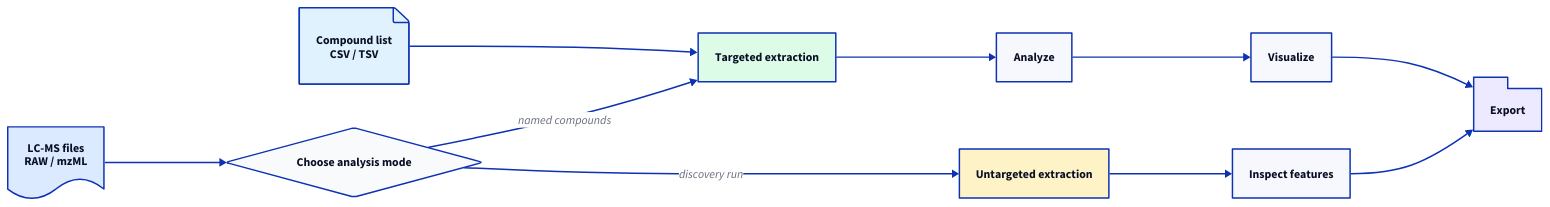
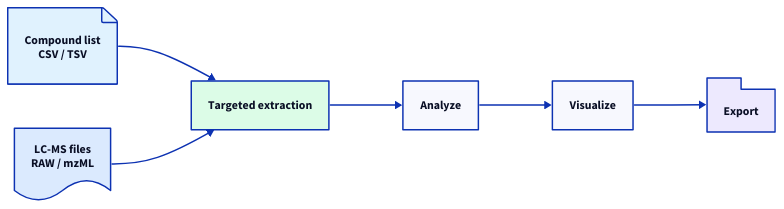
The diagram in workflow/prepare-data.md (MorscherLab/LEAF-docs), drawn with D2 before and after one commit. The commit also changed other lines of this file and 30 other files, not shown here.

````diff
--- a/workflow/prepare-data.md
+++ b/workflow/prepare-data.md
@@ -9,41 +7,28 @@
 ```d2
 direction: right
 
 raw: "LC-MS files\nRAW / mzML" {
   shape: document
   style.fill: "#dbeafe"
-}
-
-choice: "Choose analysis mode" {
-  shape: diamond
-  style.fill: "#f8fafc"
 }
 
 compounds: "Compound list\nCSV / TSV" {
   shape: page
   style.fill: "#e0f2fe"
 }
 
 targeted: "Targeted extraction" {
   style.fill: "#dcfce7"
 }
 analyze: "Analyze"
 visualize: "Visualize"
 
-untargeted: "Untargeted extraction" {
-  style.fill: "#fef3c7"
-}
-inspect: "Inspect features"
-
 export: "Export" {
   shape: package
   style.fill: "#ede9fe"
 }
 
-raw -> choice
 compounds -> targeted
-choice -> targeted: "named compounds"
-choice -> untargeted: "discovery run"
+raw -> targeted
 targeted -> analyze -> visualize -> export
-untargeted -> inspect -> export
 ```
````
